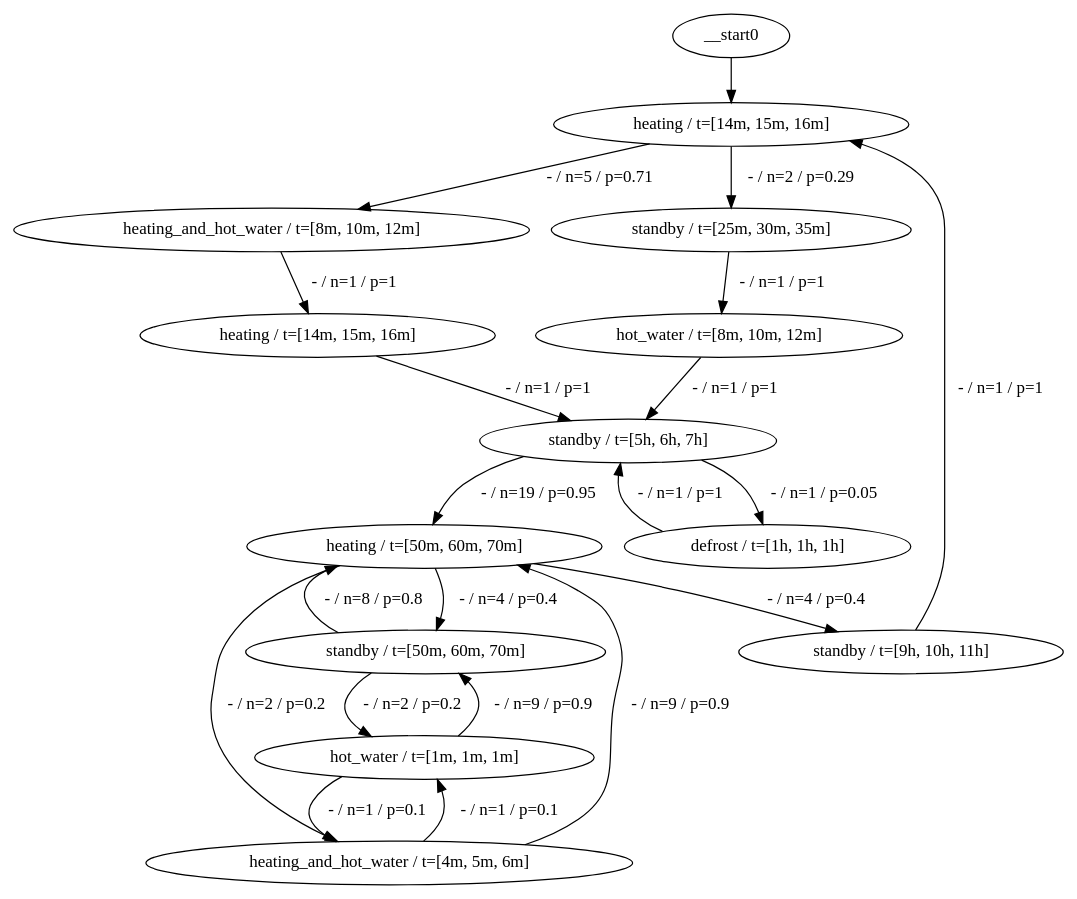
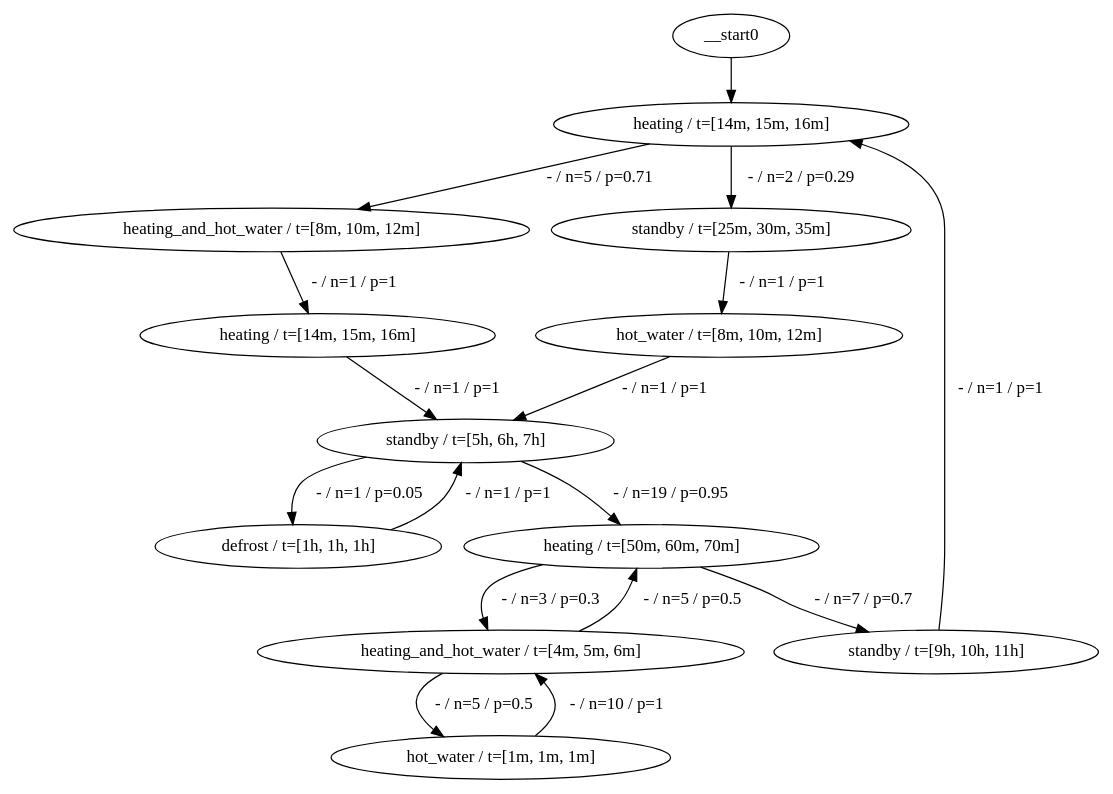
Before and after one commit to tudo-aqua/heat-pump-mining: the diagram in examples/toy-heat-pump.dot, drawn with Graphviz.

Commit message:
Remove nondeterminism in THP example

```diff
--- a/examples/toy-heat-pump.dot
+++ b/examples/toy-heat-pump.dot
@@ -1,104 +1,89 @@
 // SPDX-FileCopyrightText: 2025-2025 The Heat Pump Mining Authors, see AUTHORS.md
 //
 // SPDX-License-Identifier: CC-BY-4.0
 digraph g {
   m_h1 [
     label="heating / t=[14m, 15m, 16m]";
   ];
   m_hhw [
     label="heating_and_hot_water / t=[8m, 10m, 12m]";
   ];
   m_h2 [
     label="heating / t=[14m, 15m, 16m]";
   ];
   m_s [
     label="standby / t=[25m, 30m, 35m]";
   ];
   m_hw [
     label="hot_water / t=[8m, 10m, 12m]";
   ];
   d_s [
     label="standby / t=[5h, 6h, 7h]";
   ];
   d_d [
     label="defrost / t=[1h, 1h, 1h]";
   ];
   e_h [
     label="heating / t=[50m, 60m, 70m]";
-  ];
-  e_s [
-    label="standby / t=[50m, 60m, 70m]";
   ];
   e_hhw [
     label="heating_and_hot_water / t=[4m, 5m, 6m]";
   ];
   e_hw [
     label="hot_water / t=[1m, 1m, 1m]";
   ];
   n_s [
     label="standby / t=[9h, 10h, 11h]";
   ];
   // weekday morning routine
   m_h1 -> m_hhw [
     label="- / n=5 / p=0.71";
   ];
   m_hhw -> m_h2 [
     label="- / n=1 / p=1";
   ];
   m_h2 -> d_s [
     label="- / n=1 / p=1";
   ];
   // weekend morning routine
   m_h1 -> m_s [
     label="- / n=2 / p=0.29";
   ];
   m_s -> m_hw [
     label="- / n=1 / p=1";
   ];
   m_hw -> d_s [
     label="- / n=1 / p=1";
   ];
   // daytime defrosting
   d_s -> d_d [
     label="- / n=1 / p=0.05";
   ];
   d_d -> d_s [
     label="- / n=1 / p=1";
   ];
   d_s -> e_h [
     label="- / n=19 / p=0.95";
   ];
   // evening activities
-  e_h -> e_s [
-    label="- / n=4 / p=0.4";
-  ];
   e_h -> e_hhw [
-    label="- / n=2 / p=0.2";
+    label="- / n=3 / p=0.3";
   ];
   e_h -> n_s [
-    label="- / n=4 / p=0.4";
-  ];
-  e_s -> e_h [
-    label="- / n=8 / p=0.8";
-  ];
-  e_s -> e_hw [
-    label="- / n=2 / p=0.2";
-  ];
-  e_hw -> e_s [
-    label="- / n=9 / p=0.9";
+    label="- / n=7 / p=0.7";
   ];
   e_hw -> e_hhw [
-    label="- / n=1 / p=0.1";
+    label="- / n=10 / p=1";
   ];
   e_hhw -> e_h [
-    label="- / n=9 / p=0.9";
+    label="- / n=5 / p=0.5";
   ];
   e_hhw -> e_hw [
-    label="- / n=1 / p=0.1";
+    label="- / n=5 / p=0.5";
   ];
   // night
   n_s -> m_h1 [
     label="- / n=1 / p=1";
   ];
   __start0 -> m_h1;
 }
```
